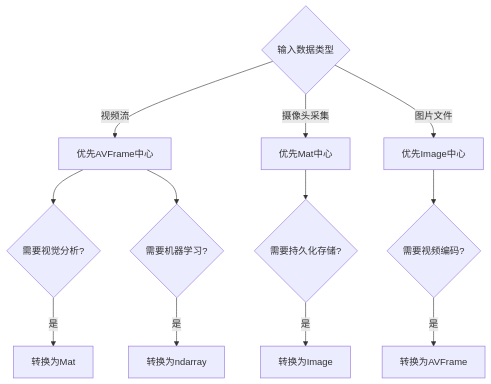
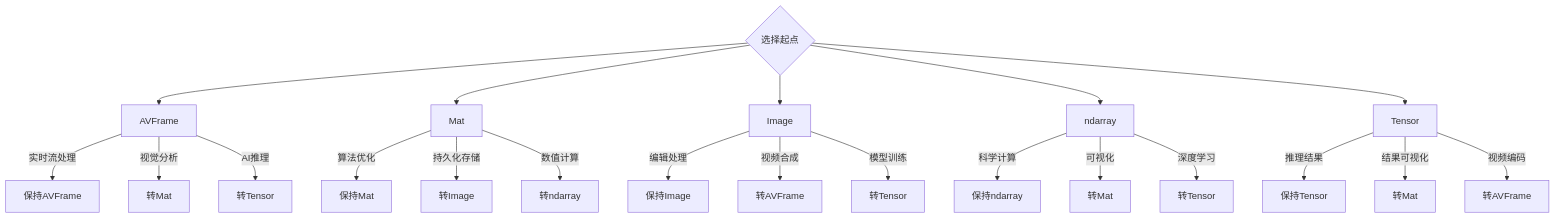
Before and after one commit to phial3/cv-convert: the second of 2 diagrams in README.md, drawn with Mermaid. The commit also changed other lines of this file, not shown here.

````diff
--- a/README.md
+++ b/README.md
@@ -50,10 +55,28 @@
 ```mermaid
 graph TD
-    Start{输入数据类型} --> |视频流| A[优先AVFrame中心]
-    Start --> |摄像头采集| B[优先Mat中心]
-    Start --> |图片文件| C[优先Image中心]
-    A --> D{需要视觉分析?} --> |是| E[转换为Mat]
-    A --> F{需要机器学习?} --> |是| G[转换为ndarray]
-    B --> H{需要持久化存储?} --> |是| I[转换为Image]
-    C --> J{需要视频编码?} --> |是| K[转换为AVFrame]
+Start{选择起点} --> A[AVFrame]
+Start --> B[Mat]
+Start --> C[Image]
+Start --> D[ndarray]
+Start --> E[Tensor]
+
+A -->|实时流处理| F[保持AVFrame]
+A -->|视觉分析| G[转Mat]
+A -->|AI推理| H[转Tensor]
+
+B -->|算法优化| I[保持Mat]
+B -->|持久化存储| J[转Image]
+B -->|数值计算| K[转ndarray]
+
+C -->|编辑处理| L[保持Image]
+C -->|视频合成| M[转AVFrame]
+C -->|模型训练| N[转Tensor]
+
+D -->|科学计算| O[保持ndarray]
+D -->|可视化| P[转Mat]
+D -->|深度学习| Q[转Tensor]
+
+E -->|推理结果| R[保持Tensor]
+E -->|结果可视化| S[转Mat]
+E -->|视频编码| T[转AVFrame]
 ```
````
